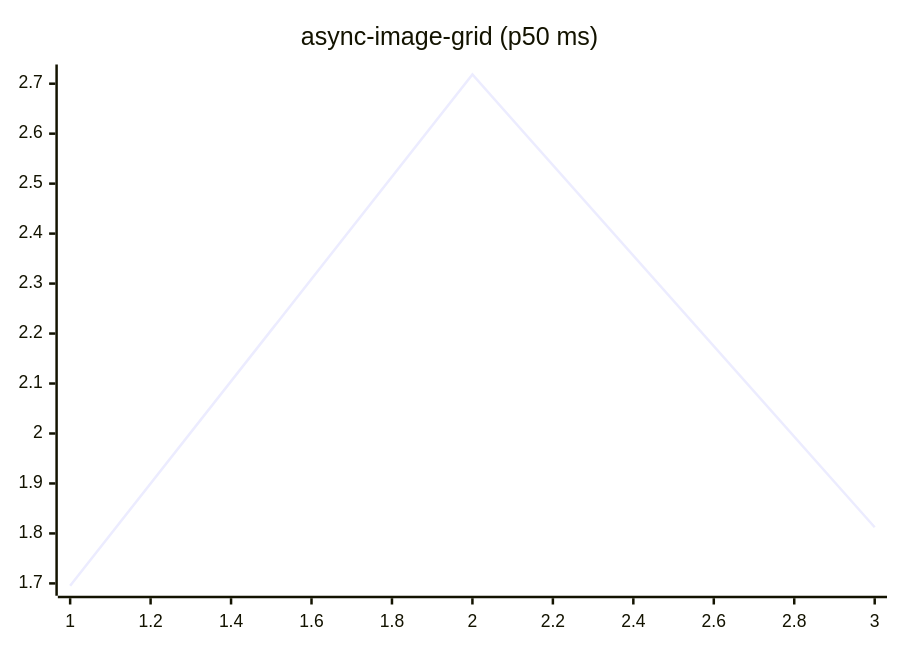
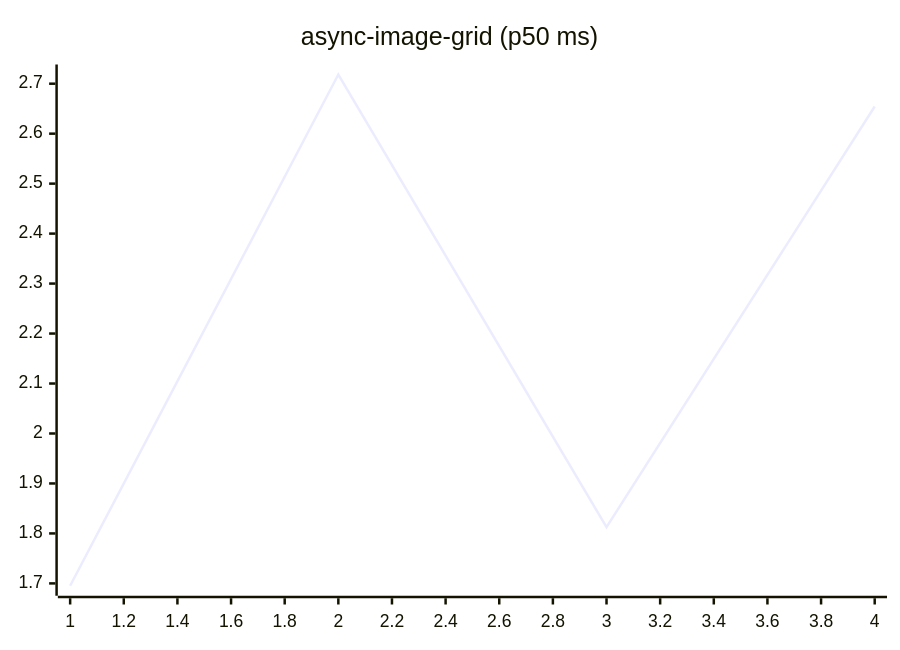
Before and after one commit to josha/Facet: the fifth of 27 diagrams in README.md, drawn with Mermaid. The commit also changed other lines of this file and 2 other files, not shown here.

````diff
--- a/README.md
+++ b/README.md
@@ -91,6 +91,6 @@
 ```mermaid
 xychart-beta
     title "async-image-grid (p50 ms)"
-    x-axis 1 --> 3
-    line [1.6953, 2.7184, 1.8124]
+    x-axis 1 --> 4
+    line [1.6953, 2.7184, 1.8124, 2.6543]
 ```
````
